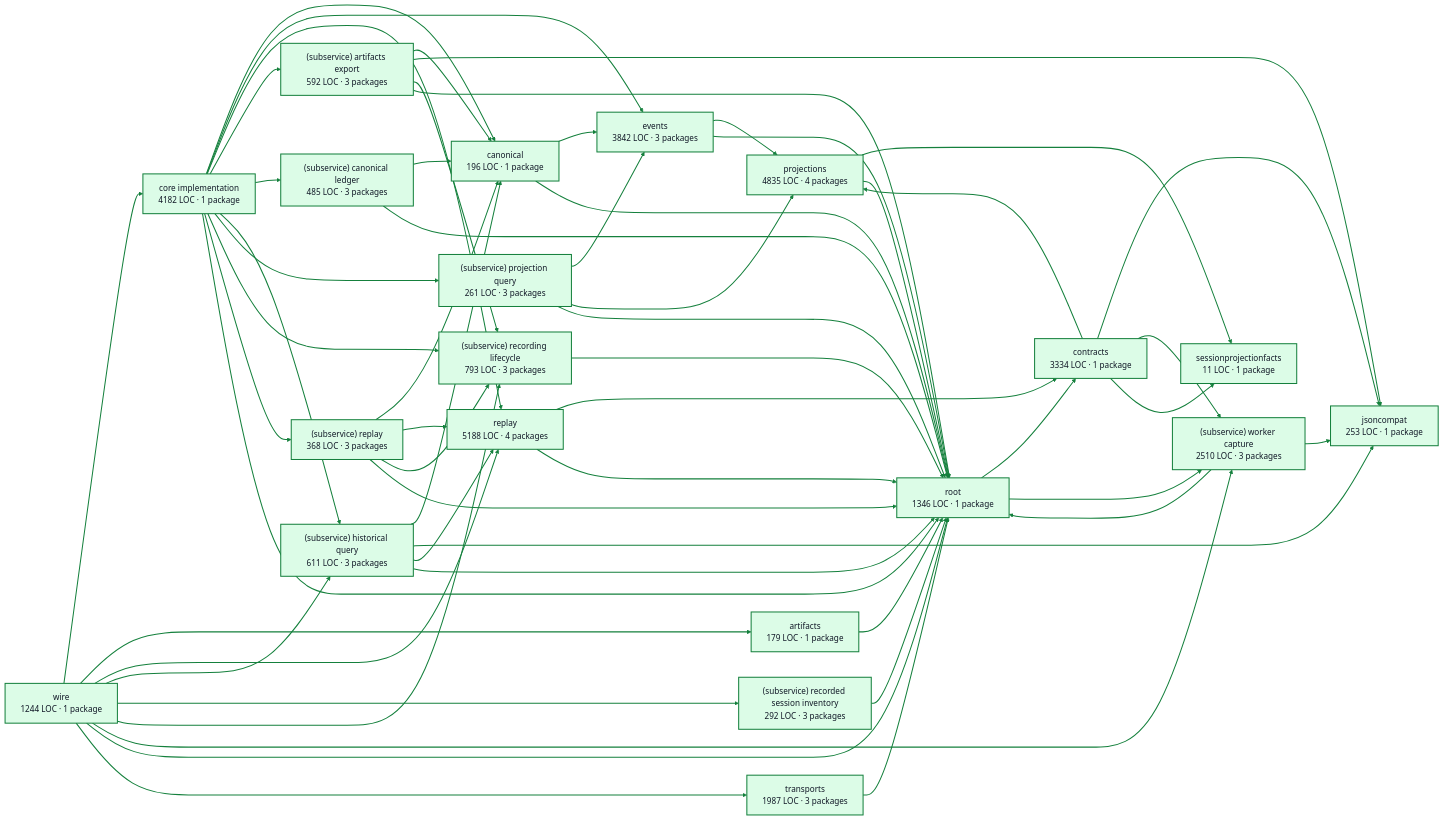
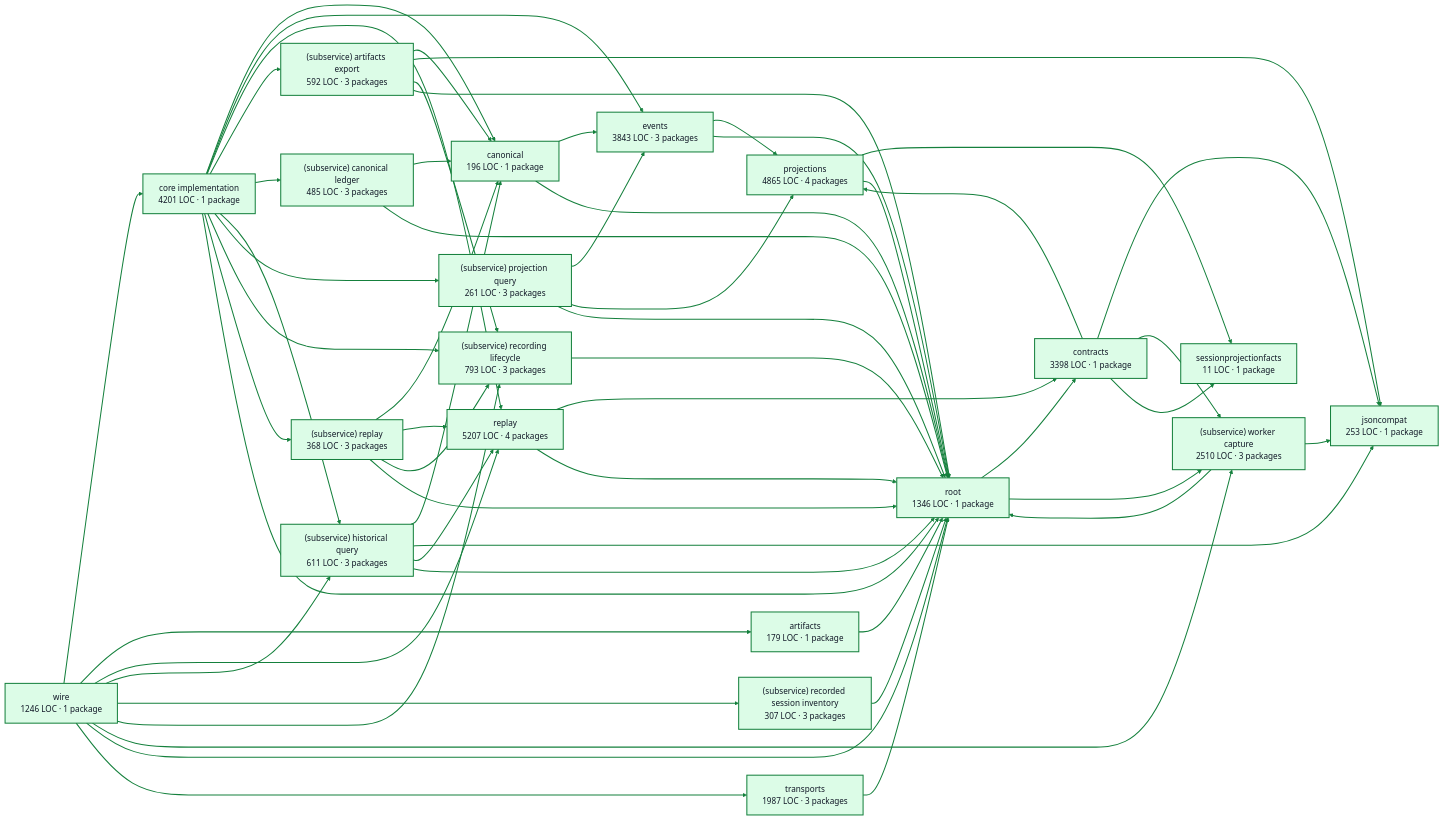
The diagram in docs/architecture/visualizations/services/recordings.md (portpowered/you-agent-factory), drawn with Mermaid before and after one commit. The commit also changed other lines of this file and 20 other files, not shown here.

Commit message:
docs: refresh backend architecture visualizations

````diff
--- a/docs/architecture/visualizations/services/recordings.md
+++ b/docs/architecture/visualizations/services/recordings.md
@@ -11,25 +11,25 @@
 ```mermaid
 flowchart LR
-  p0["core implementation<br/>4182 LOC · 1 package"]
+  p0["core implementation<br/>4201 LOC · 1 package"]
   p1["artifacts<br/>179 LOC · 1 package"]
   p2["canonical<br/>196 LOC · 1 package"]
-  p3["contracts<br/>3334 LOC · 1 package"]
-  p4["events<br/>3842 LOC · 3 packages"]
+  p3["contracts<br/>3398 LOC · 1 package"]
+  p4["events<br/>3843 LOC · 3 packages"]
   p5["jsoncompat<br/>253 LOC · 1 package"]
-  p6["projections<br/>4835 LOC · 4 packages"]
-  p7["replay<br/>5188 LOC · 4 packages"]
+  p6["projections<br/>4865 LOC · 4 packages"]
+  p7["replay<br/>5207 LOC · 4 packages"]
   p8["(subservice) artifacts export<br/>592 LOC · 3 packages"]
   p9["(subservice) canonical ledger<br/>485 LOC · 3 packages"]
   p10["(subservice) historical query<br/>611 LOC · 3 packages"]
   p11["(subservice) projection query<br/>261 LOC · 3 packages"]
-  p12["(subservice) recorded session inventory<br/>292 LOC · 3 packages"]
+  p12["(subservice) recorded session inventory<br/>307 LOC · 3 packages"]
   p13["(subservice) recording lifecycle<br/>793 LOC · 3 packages"]
   p14["(subservice) replay<br/>368 LOC · 3 packages"]
   p15["(subservice) worker capture<br/>2510 LOC · 3 packages"]
   p16["sessionprojectionfacts<br/>11 LOC · 1 package"]
   p17["root<br/>1346 LOC · 1 package"]
   p18["transports<br/>1987 LOC · 3 packages"]
-  p19["wire<br/>1244 LOC · 1 package"]
+  p19["wire<br/>1246 LOC · 1 package"]
   p0 --> p2
   p0 --> p4
   p0 --> p7
````
